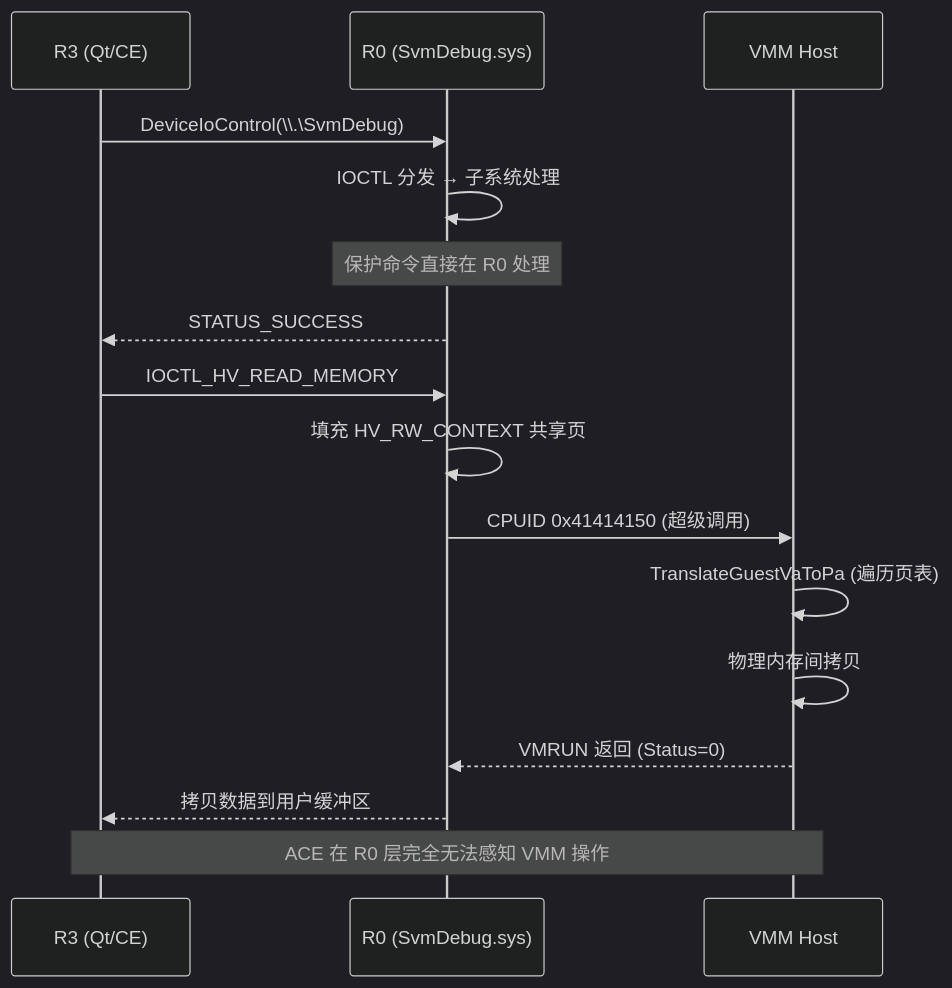
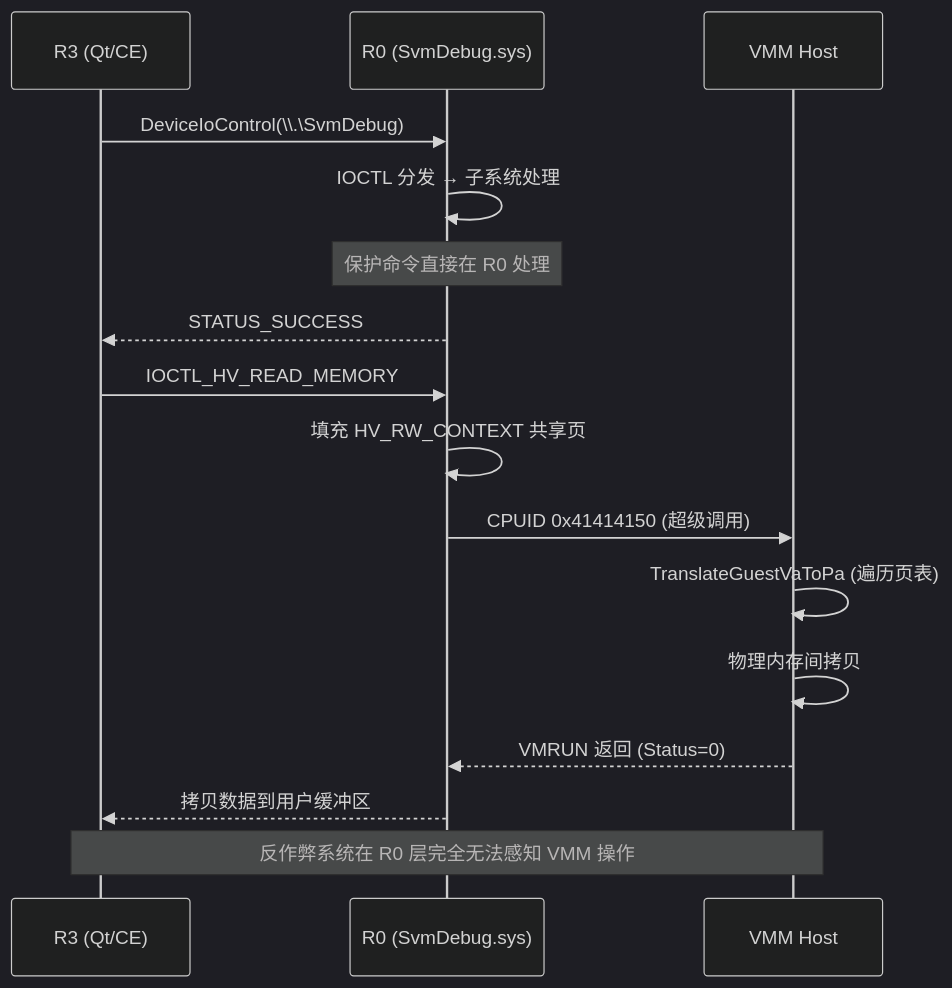
One commit to a619350644/SvmDebug changed the second of 24 diagrams in SvmDebug_设计文档.md. Above: the diagram before and after it, drawn with Mermaid (dark theme). The commit also changed other lines of this file, not shown here.

````diff
--- a/SvmDebug_设计文档.md
+++ b/SvmDebug_设计文档.md
@@ -139,22 +139,22 @@
 ```mermaid
 sequenceDiagram
     participant R3 as R3 (Qt/CE)
     participant R0 as R0 (SvmDebug.sys)
     participant VMM as VMM Host
 
     R3->>R0: DeviceIoControl(\\.\SvmDebug)
     R0->>R0: IOCTL 分发 → 子系统处理
     
     Note over R0: 保护命令直接在 R0 处理
     R0-->>R3: STATUS_SUCCESS
 
     R3->>R0: IOCTL_HV_READ_MEMORY
     R0->>R0: 填充 HV_RW_CONTEXT 共享页
     R0->>VMM: CPUID 0x41414150 (超级调用)
     VMM->>VMM: TranslateGuestVaToPa (遍历页表)
     VMM->>VMM: 物理内存间拷贝
     VMM-->>R0: VMRUN 返回 (Status=0)
     R0-->>R3: 拷贝数据到用户缓冲区
 
-    Note over R3,VMM: ACE 在 R0 层完全无法感知 VMM 操作
+    Note over R3,VMM: 反作弊系统在 R0 层完全无法感知 VMM 操作
 ```
````
